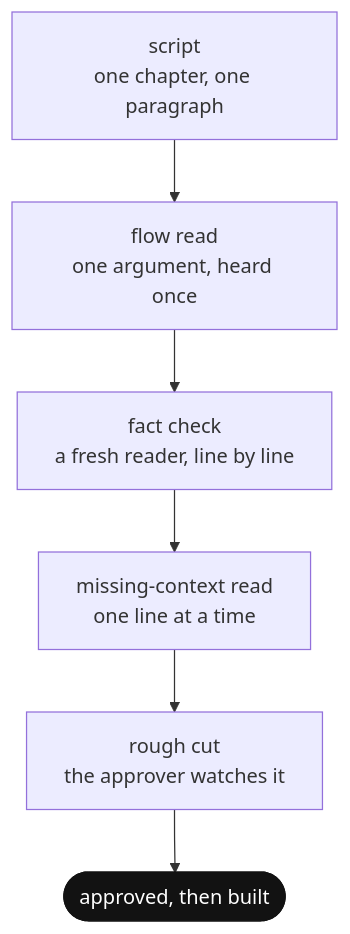
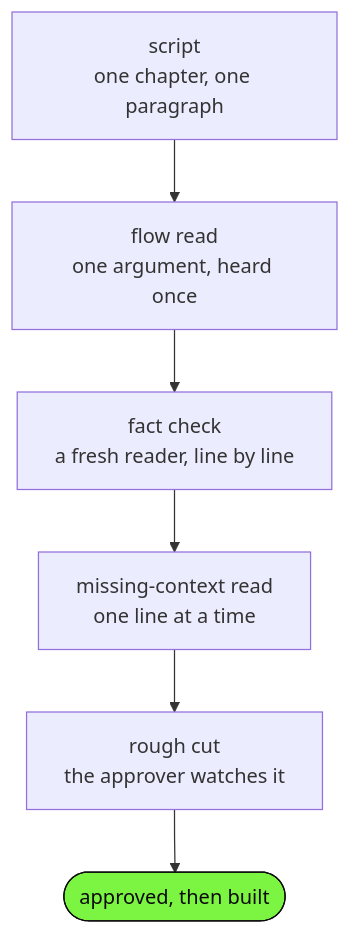
One commit to shashank-sn/workflows changed the diagram in write/video-script/figures/heard-once.mmd. Above: the diagram before and after it, drawn with Mermaid. The commit also changed 63 other files, not shown here.

```diff
--- a/write/video-script/figures/heard-once.mmd
+++ b/write/video-script/figures/heard-once.mmd
@@ -1,9 +1,9 @@
 %% one script goes through the checks in order, then to a rough cut the approver watches
 flowchart TB
   W["script<br/>one chapter, one paragraph"] --> F["flow read<br/>one argument, heard once"]
   F --> K["fact check<br/>a fresh reader, line by line"]
   K --> M["missing-context read<br/>one line at a time"]
   M --> R["rough cut<br/>the approver watches it"]
   R --> A(["approved, then built"])
-  classDef ink fill:#121212,color:#ffffff,stroke:#121212
-  class A ink
+  classDef key fill:#7cf542,color:#0a0a0a,stroke:#0a0a0a
+  class A key
```
